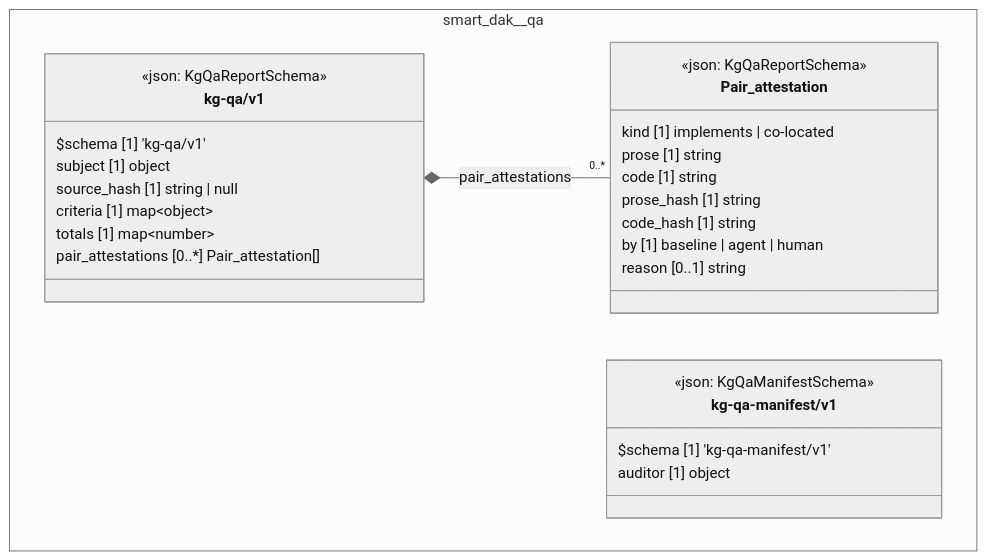
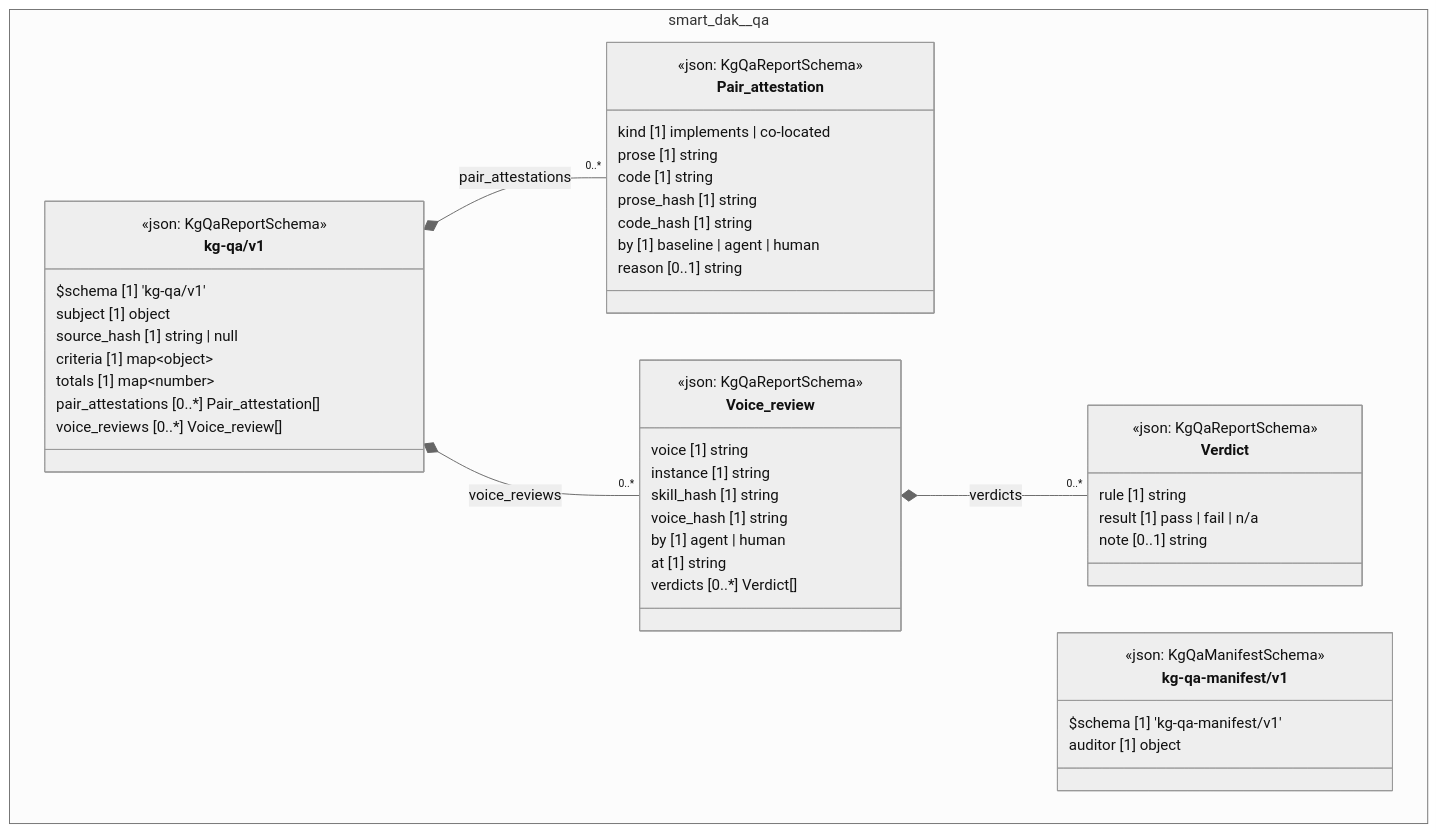
One commit to litlfred/folio-assistant changed the diagram in cat-harness/docs/uml/overview/smart-dak.md. Above: the diagram before and after it, drawn with Mermaid (neutral theme). The commit also changed 573 other files, not shown here.

First line of the commit message:
rkqp: agentic review axis for skills against the skill voices

````diff
--- a/cat-harness/docs/uml/overview/smart-dak.md
+++ b/cat-harness/docs/uml/overview/smart-dak.md
@@ -42,34 +42,55 @@
 ```mermaid
 classDiagram
   direction TB
   namespace smart_dak__qa {
     class smart_dak_qa_kg_qa_v1_Pair_attestation["Pair_attestation"] {
       <<json: KgQaReportSchema>>
       kind [1] implements | co-located
       prose [1] string
       code [1] string
       prose_hash [1] string
       code_hash [1] string
       by [1] baseline | agent | human
       reason [0..1] string
     }
+    class smart_dak_qa_kg_qa_v1_Verdict["Verdict"] {
+      <<json: KgQaReportSchema>>
+      rule [1] string
+      result [1] pass | fail | n/a
+      note [0..1] string
+    }
+    class smart_dak_qa_kg_qa_v1_Voice_review["Voice_review"] {
+      <<json: KgQaReportSchema>>
+      voice [1] string
+      instance [1] string
+      skill_hash [1] string
+      voice_hash [1] string
+      by [1] agent | human
+      at [1] string
+      verdicts [0..*] Verdict[]
+    }
     class smart_dak_qa_kg_qa_v1_kg_qa_v1["kg-qa/v1"] {
       <<json: KgQaReportSchema>>
       $schema [1] 'kg-qa/v1'
       subject [1] object
       source_hash [1] string | null
       criteria [1] map~object~
       totals [1] map~number~
       pair_attestations [0..*] Pair_attestation[]
+      voice_reviews [0..*] Voice_review[]
     }
     class smart_dak_qa_kg_qa_manifest_v1_kg_qa_manifest_v1["kg-qa-manifest/v1"] {
       <<json: KgQaManifestSchema>>
       $schema [1] 'kg-qa-manifest/v1'
       auditor [1] object
     }
   }
   smart_dak_qa_kg_qa_v1_kg_qa_v1 *-- "0..*" smart_dak_qa_kg_qa_v1_Pair_attestation : pair_attestations
+  smart_dak_qa_kg_qa_v1_Voice_review *-- "0..*" smart_dak_qa_kg_qa_v1_Verdict : verdicts
+  smart_dak_qa_kg_qa_v1_kg_qa_v1 *-- "0..*" smart_dak_qa_kg_qa_v1_Voice_review : voice_reviews
   cssClass "smart_dak_qa_kg_qa_v1_Pair_attestation" fa_uml_kind_qa
+  cssClass "smart_dak_qa_kg_qa_v1_Verdict" fa_uml_kind_qa
+  cssClass "smart_dak_qa_kg_qa_v1_Voice_review" fa_uml_kind_qa
   cssClass "smart_dak_qa_kg_qa_v1_kg_qa_v1" fa_uml_kind_qa
   cssClass "smart_dak_qa_kg_qa_manifest_v1_kg_qa_manifest_v1" fa_uml_kind_qa
 ```
````
